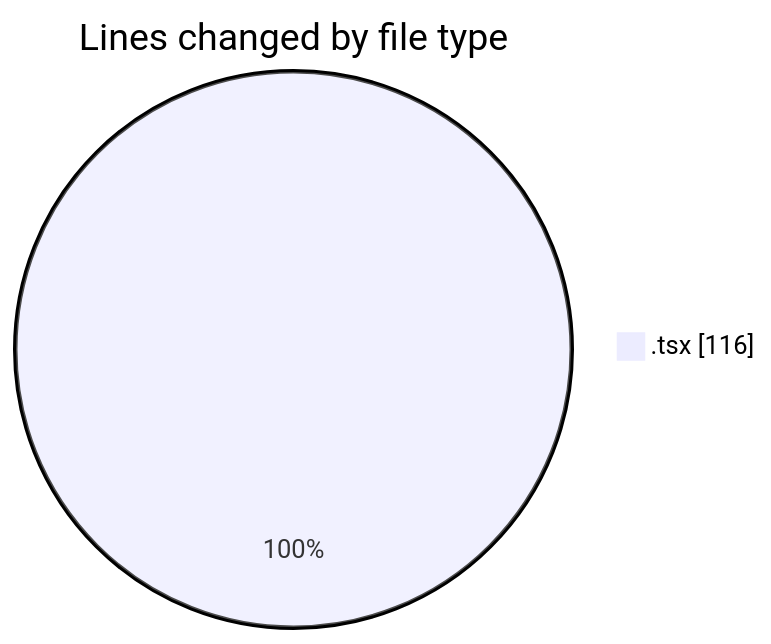
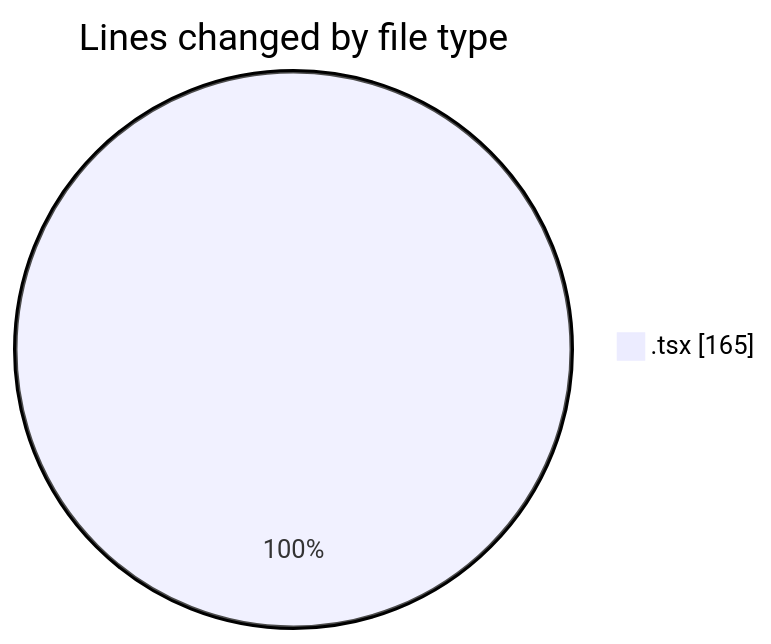
One commit to momahboobian/code-tracking changed the first of 2 diagrams in 2026-08-17/cda/README.md. Above: the diagram before and after it, drawn with Mermaid. The commit also changed other lines of this file and 1 other file, not shown here.

````diff
--- a/2026-08-17/cda/README.md
+++ b/2026-08-17/cda/README.md
@@ -20,5 +20,5 @@
 ```mermaid
 pie showData
 title Lines changed by file type
-".tsx" : 116
+".tsx" : 165
 ```
````
